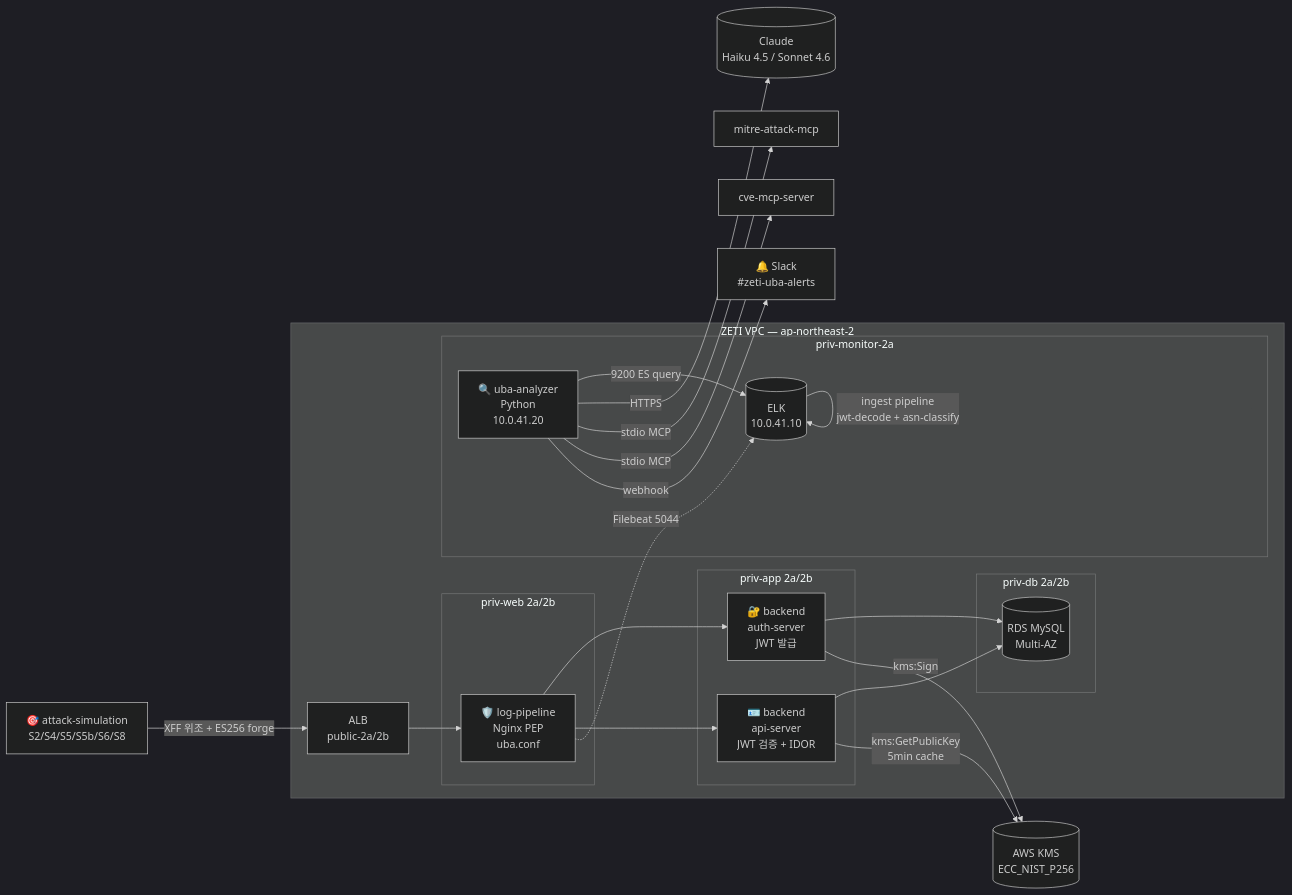
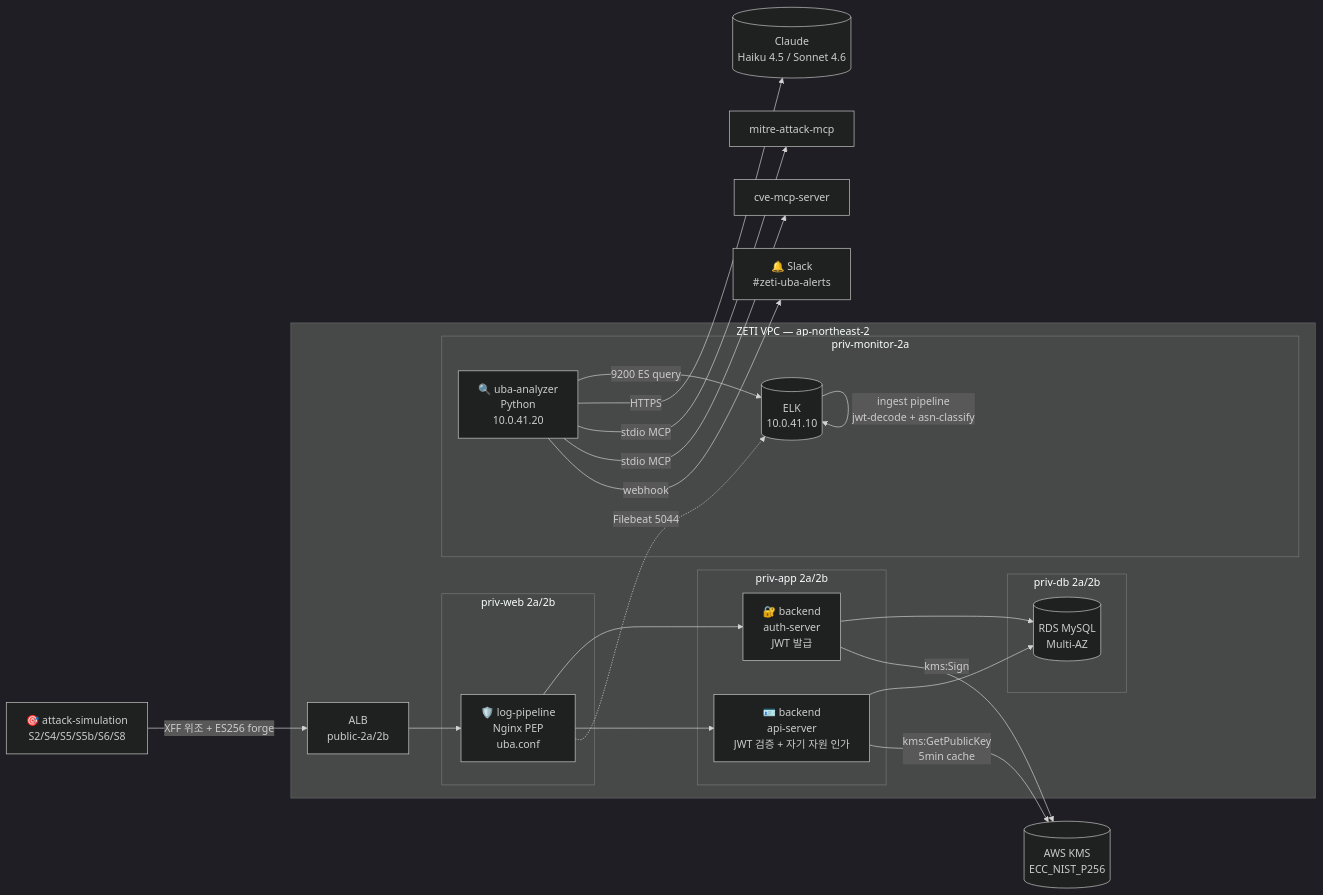
Before and after one commit to ZETTY-ZEROTRUST/.github: the first of 3 diagrams in profile/README.md, drawn with Mermaid (dark theme). The commit also changed other lines of this file, not shown here.

Commit message:
docs(repo): JWT 중심 프로젝트 계약 갱신

````diff
--- a/profile/README.md
+++ b/profile/README.md
@@ -62,35 +62,35 @@
 ```mermaid
 flowchart LR
     SIM[🎯 attack-simulation<br/>S2/S4/S5/S5b/S6/S8] -->|XFF 위조 + ES256 forge| ALB
     subgraph VPC["ZETI VPC — ap-northeast-2"]
         ALB[ALB<br/>public-2a/2b]
         subgraph WEB["priv-web 2a/2b"]
             NGX[🛡️ log-pipeline<br/>Nginx PEP<br/>uba.conf]
         end
         subgraph APP["priv-app 2a/2b"]
             AUTH[🔐 backend<br/>auth-server<br/>JWT 발급]
-            API[🪪 backend<br/>api-server<br/>JWT 검증 + IDOR]
+            API[🪪 backend<br/>api-server<br/>JWT 검증 + 자기 자원 인가]
         end
         subgraph DB["priv-db 2a/2b"]
             RDS[(RDS MySQL<br/>Multi-AZ)]
         end
         subgraph MON["priv-monitor-2a"]
             ELK[(ELK<br/>10.0.41.10)]
             UBA[🔍 uba-analyzer<br/>Python<br/>10.0.41.20]
         end
     end
     ALB --> NGX
     NGX --> AUTH
     NGX --> API
     AUTH --> RDS
     API --> RDS
     AUTH -->|kms:Sign| KMS[(AWS KMS<br/>ECC_NIST_P256)]
     API -->|kms:GetPublicKey<br/>5min cache| KMS
     NGX -.Filebeat 5044.-> ELK
     ELK -- ingest pipeline<br/>jwt-decode + asn-classify --> ELK
     UBA -->|9200 ES query| ELK
     UBA -->|HTTPS| ANT[(Claude<br/>Haiku 4.5 / Sonnet 4.6)]
     UBA -->|stdio MCP| MITRE[mitre-attack-mcp]
     UBA -->|stdio MCP| CVE[cve-mcp-server]
     UBA -->|webhook| SLK[🔔 Slack<br/>#zeti-uba-alerts]
 ```
````
